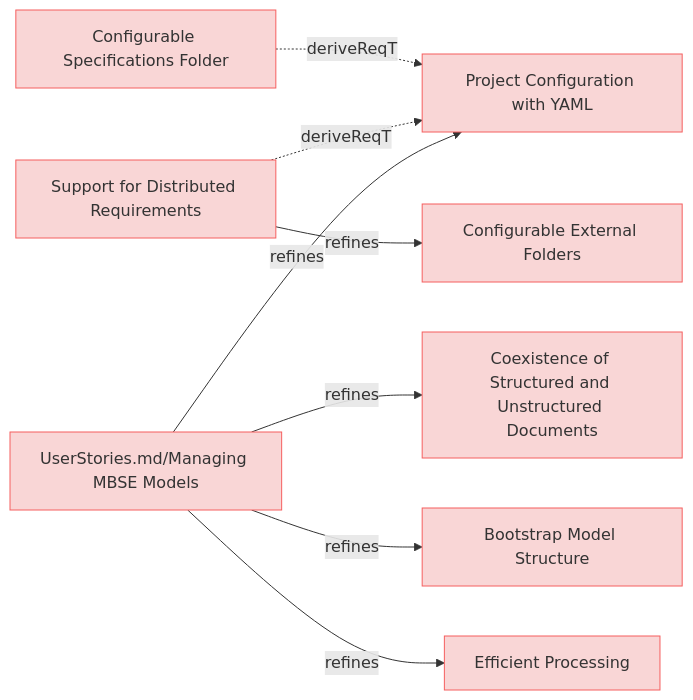
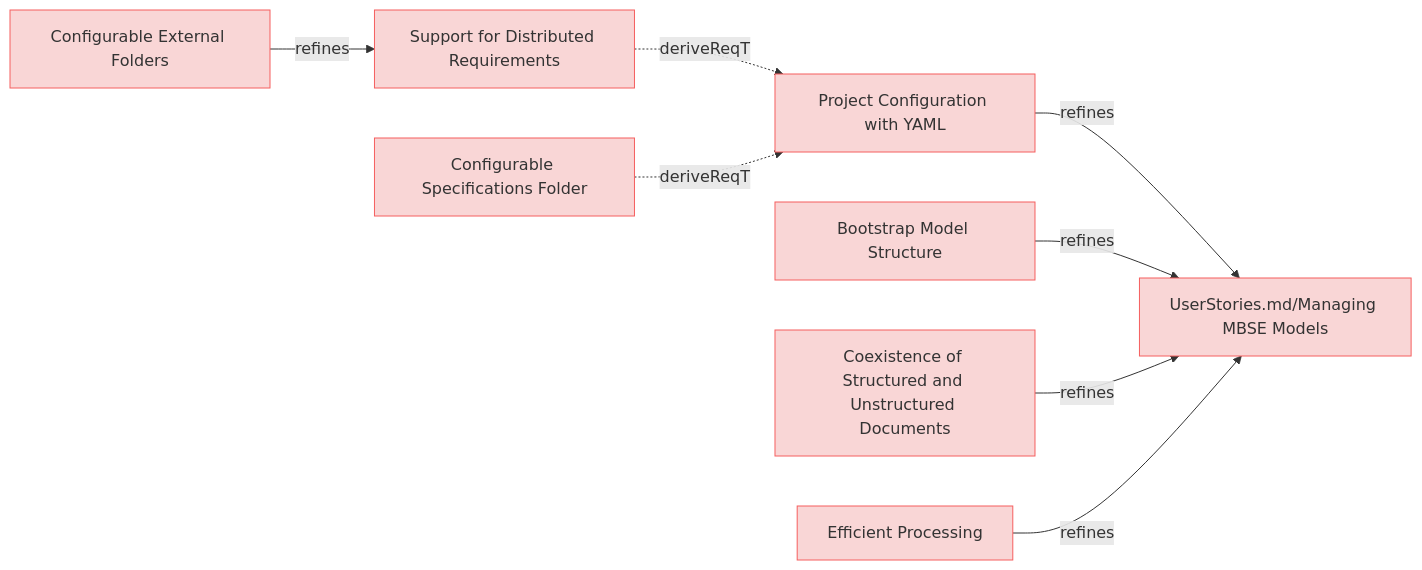
The diagram in specifications/ManagingMbseModelsRequirements.md (reqvire-org/reqvire), drawn with Mermaid before and after one commit. The commit also changed 22 other files, not shown here.

````diff
--- a/specifications/ManagingMbseModelsRequirements.md
+++ b/specifications/ManagingMbseModelsRequirements.md
@@ -4,40 +4,40 @@
 ```mermaid
 graph LR;
   %% Graph styling
   classDef requirement fill:#f9d6d6,stroke:#f55f5f,stroke-width:1px;
   classDef verification fill:#d6f9d6,stroke:#5fd75f,stroke-width:1px;
   classDef externalLink fill:#d0e0ff,stroke:#3080ff,stroke-width:1px;
   classDef default fill:#f5f5f5,stroke:#333333,stroke-width:1px;
 
-  87e38ccb52188638["Configurable Specifications Folder"];
-  click 87e38ccb52188638 "https://github.com/Reqvire/reqvire/blob/667635d4628fed400323f7df3689af2dbc2ad666/specifications/ManagingMbseModelsRequirements.md#configurable-specifications-folder";
-  class 87e38ccb52188638 requirement;
   b3ef0fb91572bcf0["Project Configuration with YAML"];
+  click b3ef0fb91572bcf0 "https://github.com/Reqvire/reqvire/blob/ad88ba6b828e94c93382866fefd058c011c1ac60/specifications/ManagingMbseModelsRequirements.md#project-configuration-with-yaml";
   class b3ef0fb91572bcf0 requirement;
-  click b3ef0fb91572bcf0 "https://github.com/Reqvire/reqvire/blob/667635d4628fed400323f7df3689af2dbc2ad666/specifications/ManagingMbseModelsRequirements.md#project-configuration-with-yaml";
-  87e38ccb52188638 -.->|deriveReqT| b3ef0fb91572bcf0;
+  c75ac8fa29479ca5["UserStories.md/Managing MBSE Models"];
+  class c75ac8fa29479ca5 requirement;
+  click c75ac8fa29479ca5 "https://github.com/Reqvire/reqvire/blob/ad88ba6b828e94c93382866fefd058c011c1ac60/specifications/UserStories.md#managing-mbse-models";
+  b3ef0fb91572bcf0 -->|refines| c75ac8fa29479ca5;
+  fa4727bd969c48f8["Bootstrap Model Structure"];
+  click fa4727bd969c48f8 "https://github.com/Reqvire/reqvire/blob/ad88ba6b828e94c93382866fefd058c011c1ac60/specifications/ManagingMbseModelsRequirements.md#bootstrap-model-structure";
+  class fa4727bd969c48f8 requirement;
+  fa4727bd969c48f8 -->|refines| c75ac8fa29479ca5;
   c4d5865187c53ce6["Support for Distributed Requirements"];
-  click c4d5865187c53ce6 "https://github.com/Reqvire/reqvire/blob/667635d4628fed400323f7df3689af2dbc2ad666/specifications/ManagingMbseModelsRequirements.md#support-for-distributed-requirements";
+  click c4d5865187c53ce6 "https://github.com/Reqvire/reqvire/blob/ad88ba6b828e94c93382866fefd058c011c1ac60/specifications/ManagingMbseModelsRequirements.md#support-for-distributed-requirements";
   class c4d5865187c53ce6 requirement;
   c4d5865187c53ce6 -.->|deriveReqT| b3ef0fb91572bcf0;
   da5831ca85881025["Coexistence of Structured and Unstructured Documents"];
-  click da5831ca85881025 "https://github.com/Reqvire/reqvire/blob/667635d4628fed400323f7df3689af2dbc2ad666/specifications/ManagingMbseModelsRequirements.md#coexistence-of-structured-and-unstructured-documents";
+  click da5831ca85881025 "https://github.com/Reqvire/reqvire/blob/ad88ba6b828e94c93382866fefd058c011c1ac60/specifications/ManagingMbseModelsRequirements.md#coexistence-of-structured-and-unstructured-documents";
   class da5831ca85881025 requirement;
-  c75ac8fa29479ca5["UserStories.md/Managing MBSE Models"];
-  class c75ac8fa29479ca5 requirement;
-  click c75ac8fa29479ca5 "https://github.com/Reqvire/reqvire/blob/667635d4628fed400323f7df3689af2dbc2ad666/specifications/UserStories.md#managing-mbse-models";
-  c75ac8fa29479ca5 -->|refines| da5831ca85881025;
+  da5831ca85881025 -->|refines| c75ac8fa29479ca5;
+  87e38ccb52188638["Configurable Specifications Folder"];
+  click 87e38ccb52188638 "https://github.com/Reqvire/reqvire/blob/ad88ba6b828e94c93382866fefd058c011c1ac60/specifications/ManagingMbseModelsRequirements.md#configurable-specifications-folder";
+  class 87e38ccb52188638 requirement;
+  87e38ccb52188638 -.->|deriveReqT| b3ef0fb91572bcf0;
+  386d7b145d008870["Efficient Processing"];
+  click 386d7b145d008870 "https://github.com/Reqvire/reqvire/blob/ad88ba6b828e94c93382866fefd058c011c1ac60/specifications/ManagingMbseModelsRequirements.md#efficient-processing";
+  class 386d7b145d008870 requirement;
+  386d7b145d008870 -->|refines| c75ac8fa29479ca5;
   b9c9d1bf19e76fc["Configurable External Folders"];
-  click b9c9d1bf19e76fc "https://github.com/Reqvire/reqvire/blob/667635d4628fed400323f7df3689af2dbc2ad666/specifications/ManagingMbseModelsRequirements.md#configurable-external-folders";
+  click b9c9d1bf19e76fc "https://github.com/Reqvire/reqvire/blob/ad88ba6b828e94c93382866fefd058c011c1ac60/specifications/ManagingMbseModelsRequirements.md#configurable-external-folders";
   class b9c9d1bf19e76fc requirement;
-  c4d5865187c53ce6 -->|refines| b9c9d1bf19e76fc;
-  fa4727bd969c48f8["Bootstrap Model Structure"];
-  click fa4727bd969c48f8 "https://github.com/Reqvire/reqvire/blob/667635d4628fed400323f7df3689af2dbc2ad666/specifications/ManagingMbseModelsRequirements.md#bootstrap-model-structure";
-  class fa4727bd969c48f8 requirement;
-  c75ac8fa29479ca5 -->|refines| fa4727bd969c48f8;
-  c75ac8fa29479ca5 -->|refines| b3ef0fb91572bcf0;
-  386d7b145d008870["Efficient Processing"];
-  click 386d7b145d008870 "https://github.com/Reqvire/reqvire/blob/667635d4628fed400323f7df3689af2dbc2ad666/specifications/ManagingMbseModelsRequirements.md#efficient-processing";
-  class 386d7b145d008870 requirement;
-  c75ac8fa29479ca5 -->|refines| 386d7b145d008870;
+  b9c9d1bf19e76fc -->|refines| c4d5865187c53ce6;
 ```
````
